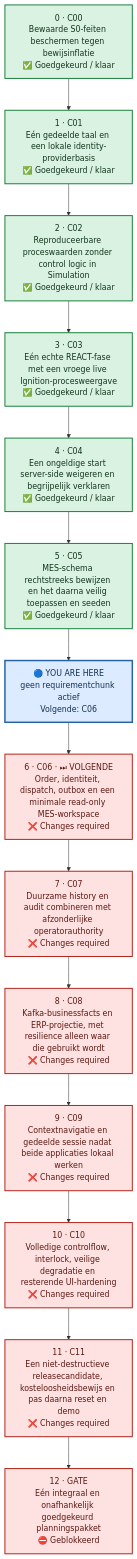
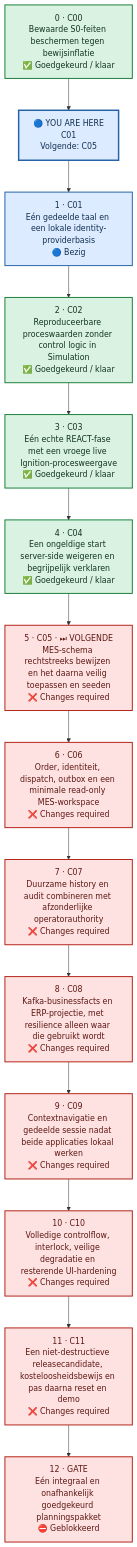
One commit to Jandesch91/n1-bioforge-requirements-cockpit changed the diagram in chunks.mmd. Above: the diagram before and after it, drawn with Mermaid. The commit also changed 4 other files, not shown here.

```diff
--- a/chunks.mmd
+++ b/chunks.mmd
@@ -1,39 +1,39 @@
 %%{init: {"flowchart": {"curve": "linear", "nodeSpacing": 55, "rankSpacing": 65, "htmlLabels": true}}}%%
 flowchart TB
     %% One vertical lane: order is explicit and no dependency arrows cross.
     chunk_0["0 · C00<br/>Bewaarde S0-feiten beschermen tegen bewijsinflatie<br/>✅ Goedgekeurd / klaar"]
-    chunk_1["1 · C01<br/>Eén gedeelde taal en een lokale identity-providerbasis<br/>✅ Goedgekeurd / klaar"]
+    chunk_1["1 · C01<br/>Eén gedeelde taal en een lokale identity-providerbasis<br/>🔵 Bezig"]
     chunk_2["2 · C02<br/>Reproduceerbare proceswaarden zonder control logic in Simulation<br/>✅ Goedgekeurd / klaar"]
     chunk_3["3 · C03<br/>Eén echte REACT-fase met een vroege live Ignition-procesweergave<br/>✅ Goedgekeurd / klaar"]
     chunk_4["4 · C04<br/>Een ongeldige start server-side weigeren en begrijpelijk verklaren<br/>✅ Goedgekeurd / klaar"]
-    chunk_5["5 · C05<br/>MES-schema rechtstreeks bewijzen en het daarna veilig toepassen en seeden<br/>✅ Goedgekeurd / klaar"]
-    chunk_6["6 · C06 · ⏭ VOLGENDE<br/>Order, identiteit, dispatch, outbox en een minimale read-only MES-workspace<br/>❌ Changes required"]
+    chunk_5["5 · C05 · ⏭ VOLGENDE<br/>MES-schema rechtstreeks bewijzen en het daarna veilig toepassen en seeden<br/>❌ Changes required"]
+    chunk_6["6 · C06<br/>Order, identiteit, dispatch, outbox en een minimale read-only MES-workspace<br/>❌ Changes required"]
     chunk_7["7 · C07<br/>Duurzame history en audit combineren met afzonderlijke operatorauthority<br/>❌ Changes required"]
     chunk_8["8 · C08<br/>Kafka-businessfacts en ERP-projectie, met resilience alleen waar die gebruikt wordt<br/>❌ Changes required"]
     chunk_9["9 · C09<br/>Contextnavigatie en gedeelde sessie nadat beide applicaties lokaal werken<br/>❌ Changes required"]
     chunk_10["10 · C10<br/>Volledige controlflow, interlock, veilige degradatie en resterende UI-hardening<br/>❌ Changes required"]
     chunk_11["11 · C11<br/>Een niet-destructieve releasecandidate, kosteloosheidsbewijs en pas daarna reset en demo<br/>❌ Changes required"]
     chunk_12["12 · GATE<br/>Eén integraal en onafhankelijk goedgekeurd planningspakket<br/>⛔ Geblokkeerd"]
-    current_marker["🔵 YOU ARE HERE<br/>geen requirementchunk actief<br/>Volgende: C06"]
-    chunk_0 --> chunk_1 --> chunk_2 --> chunk_3 --> chunk_4 --> chunk_5 --> current_marker --> chunk_6 --> chunk_7 --> chunk_8 --> chunk_9 --> chunk_10 --> chunk_11 --> chunk_12
+    current_marker["🔵 YOU ARE HERE<br/>C01<br/>Volgende: C05"]
+    chunk_0 --> current_marker --> chunk_1 --> chunk_2 --> chunk_3 --> chunk_4 --> chunk_5 --> chunk_6 --> chunk_7 --> chunk_8 --> chunk_9 --> chunk_10 --> chunk_11 --> chunk_12
     classDef approved fill:#D9F2E1,stroke:#1B7F3A,color:#12351D,stroke-width:2px
     classDef inprogress fill:#DCEBFF,stroke:#2463A6,color:#12304F,stroke-width:2px
     classDef human fill:#FFF2BF,stroke:#A66B00,color:#4D3300,stroke-width:2px
     classDef changes fill:#FDE2E1,stroke:#B42318,color:#5D1712,stroke-width:2px
     classDef blocked fill:#FDE2E1,stroke:#B42318,color:#5D1712,stroke-width:2px
     classDef notstarted fill:#F2F4F7,stroke:#667085,color:#344054,stroke-width:2px
     classDef current fill:#DCEBFF,stroke:#2463A6,color:#12304F,stroke-width:3px
     class chunk_0 approved
-    class chunk_1 approved
+    class chunk_1 inprogress
     class chunk_2 approved
     class chunk_3 approved
     class chunk_4 approved
-    class chunk_5 approved
+    class chunk_5 changes
     class chunk_6 changes
     class chunk_7 changes
     class chunk_8 changes
     class chunk_9 changes
     class chunk_10 changes
     class chunk_11 changes
     class chunk_12 blocked
     class current_marker current
```
